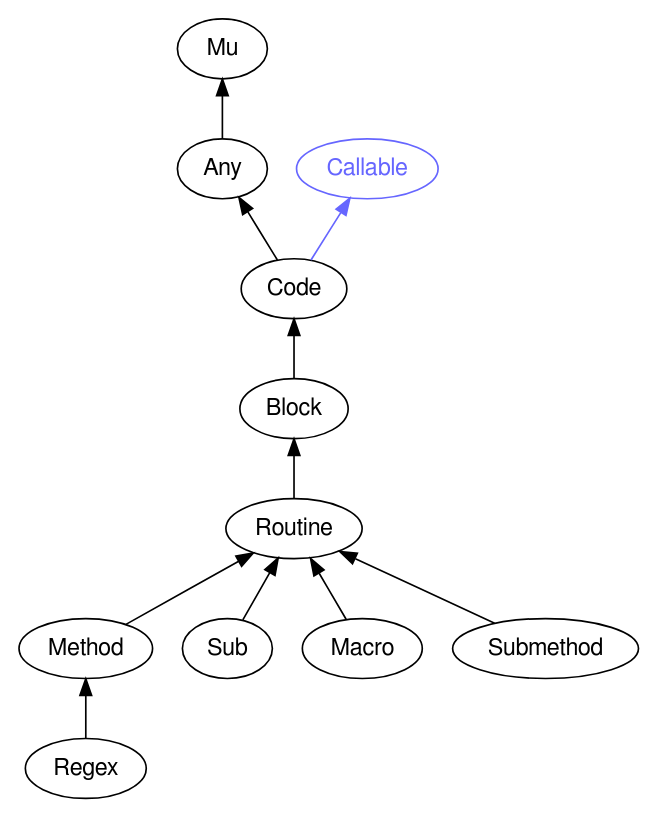
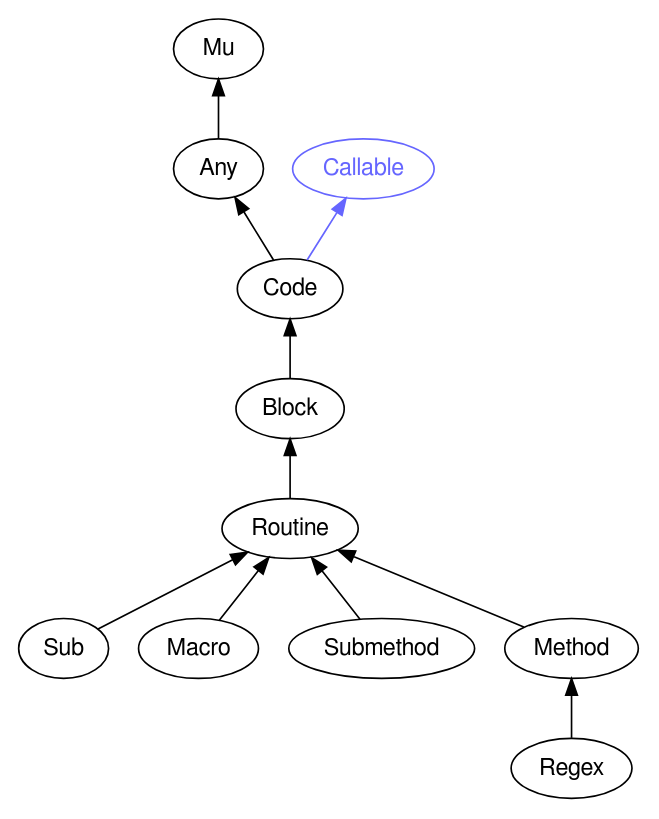
Before and after one commit to uzluisf/rakudoc: the diagram in images/type-graph-Block.svg.dot, drawn with Graphviz. The commit also changed other lines of this file and 1890 other files, not shown here.

```diff
--- a/images/type-graph-Block.svg.dot
+++ b/images/type-graph-Block.svg.dot
@@ -1,31 +1,31 @@
 digraph "perl6-type-graph" {
     rankdir=BT;
     splines=polyline;
     overlap=false; 
     // Types
     "Block" [color="#000000", fontcolor="#000000", href="/type/Block", fontname="FreeSans"];
     "Mu" [color="#000000", fontcolor="#000000", href="/type/Mu", fontname="FreeSans"];
     "Any" [color="#000000", fontcolor="#000000", href="/type/Any", fontname="FreeSans"];
     "Callable" [color="#6666FF", fontcolor="#6666FF", href="/type/Callable", fontname="FreeSans"];
     "Code" [color="#000000", fontcolor="#000000", href="/type/Code", fontname="FreeSans"];
     "Routine" [color="#000000", fontcolor="#000000", href="/type/Routine", fontname="FreeSans"];
-    "Method" [color="#000000", fontcolor="#000000", href="/type/Method", fontname="FreeSans"];
     "Sub" [color="#000000", fontcolor="#000000", href="/type/Sub", fontname="FreeSans"];
     "Macro" [color="#000000", fontcolor="#000000", href="/type/Macro", fontname="FreeSans"];
     "Submethod" [color="#000000", fontcolor="#000000", href="/type/Submethod", fontname="FreeSans"];
+    "Method" [color="#000000", fontcolor="#000000", href="/type/Method", fontname="FreeSans"];
     "Regex" [color="#000000", fontcolor="#000000", href="/type/Regex", fontname="FreeSans"];
 
     // Superclasses
     "Block" -> "Code" [color="#000000"];
     "Any" -> "Mu" [color="#000000"];
     "Code" -> "Any" [color="#000000"];
     "Routine" -> "Block" [color="#000000"];
-    "Method" -> "Routine" [color="#000000"];
     "Sub" -> "Routine" [color="#000000"];
     "Macro" -> "Routine" [color="#000000"];
     "Submethod" -> "Routine" [color="#000000"];
+    "Method" -> "Routine" [color="#000000"];
     "Regex" -> "Method" [color="#000000"];
 
     // Roles
     "Code" -> "Callable" [color="#6666FF"];
 }
```
